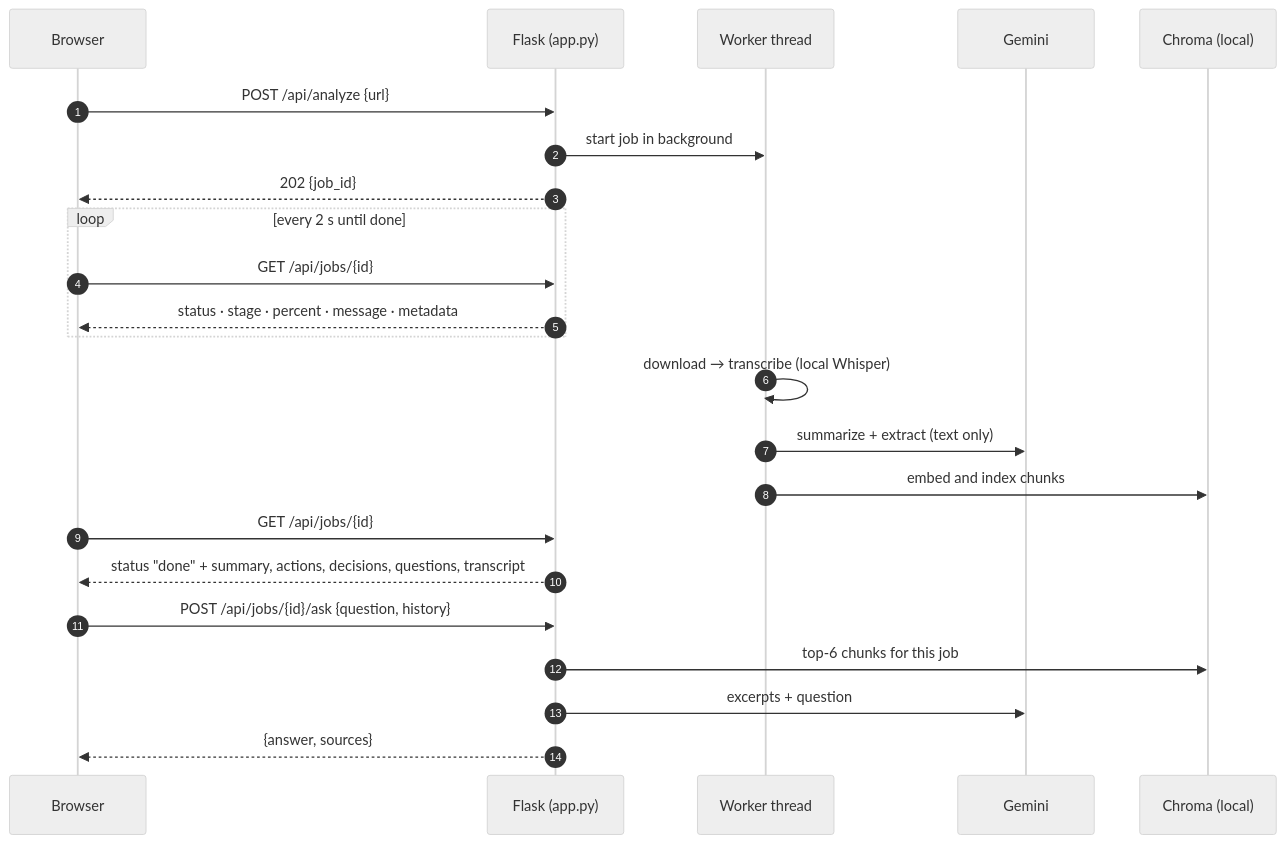
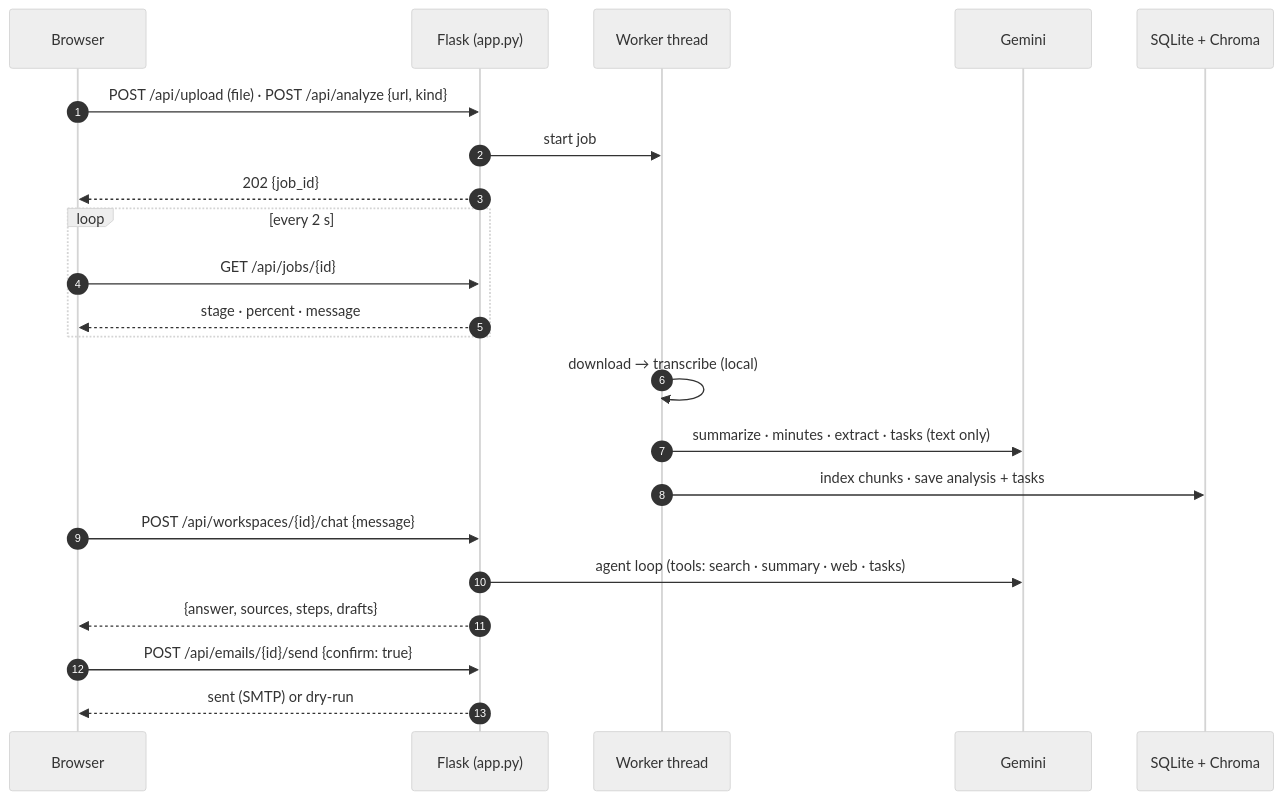
Before and after one commit to hmzasaed/video-agent-AI: the fifth of 5 diagrams in README.md, drawn with Mermaid (neutral theme). The commit also changed other lines of this file and 52 other files, not shown here.

````diff
--- a/README.md
+++ b/README.md
@@ -162,26 +258,25 @@
 ```mermaid
 sequenceDiagram
     autonumber
     participant U as Browser
     participant F as Flask (app.py)
     participant W as Worker thread
     participant G as Gemini
-    participant C as Chroma (local)
+    participant S as SQLite + Chroma
 
-    U->>F: POST /api/analyze {url}
-    F->>W: start job in background
+    U->>F: POST /api/upload (file)  ·  POST /api/analyze {url, kind}
+    F->>W: start job
     F-->>U: 202 {job_id}
-    loop every 2 s until done
+    loop every 2 s
         U->>F: GET /api/jobs/{id}
-        F-->>U: status · stage · percent · message · metadata
+        F-->>U: stage · percent · message
     end
-    W->>W: download → transcribe (local Whisper)
-    W->>G: summarize + extract (text only)
-    W->>C: embed and index chunks
-    U->>F: GET /api/jobs/{id}
-    F-->>U: status "done" + summary, actions, decisions, questions, transcript
-    U->>F: POST /api/jobs/{id}/ask {question, history}
-    F->>C: top-6 chunks for this job
-    F->>G: excerpts + question
-    F-->>U: {answer, sources}
+    W->>W: download → transcribe (local)
+    W->>G: summarize · minutes · extract · tasks (text only)
+    W->>S: index chunks · save analysis + tasks
+    U->>F: POST /api/workspaces/{id}/chat {message}
+    F->>G: agent loop (tools: search · summary · web · tasks)
+    F-->>U: {answer, sources, steps, drafts}
+    U->>F: POST /api/emails/{id}/send {confirm: true}
+    F-->>U: sent (SMTP) or dry-run
 ```
````
